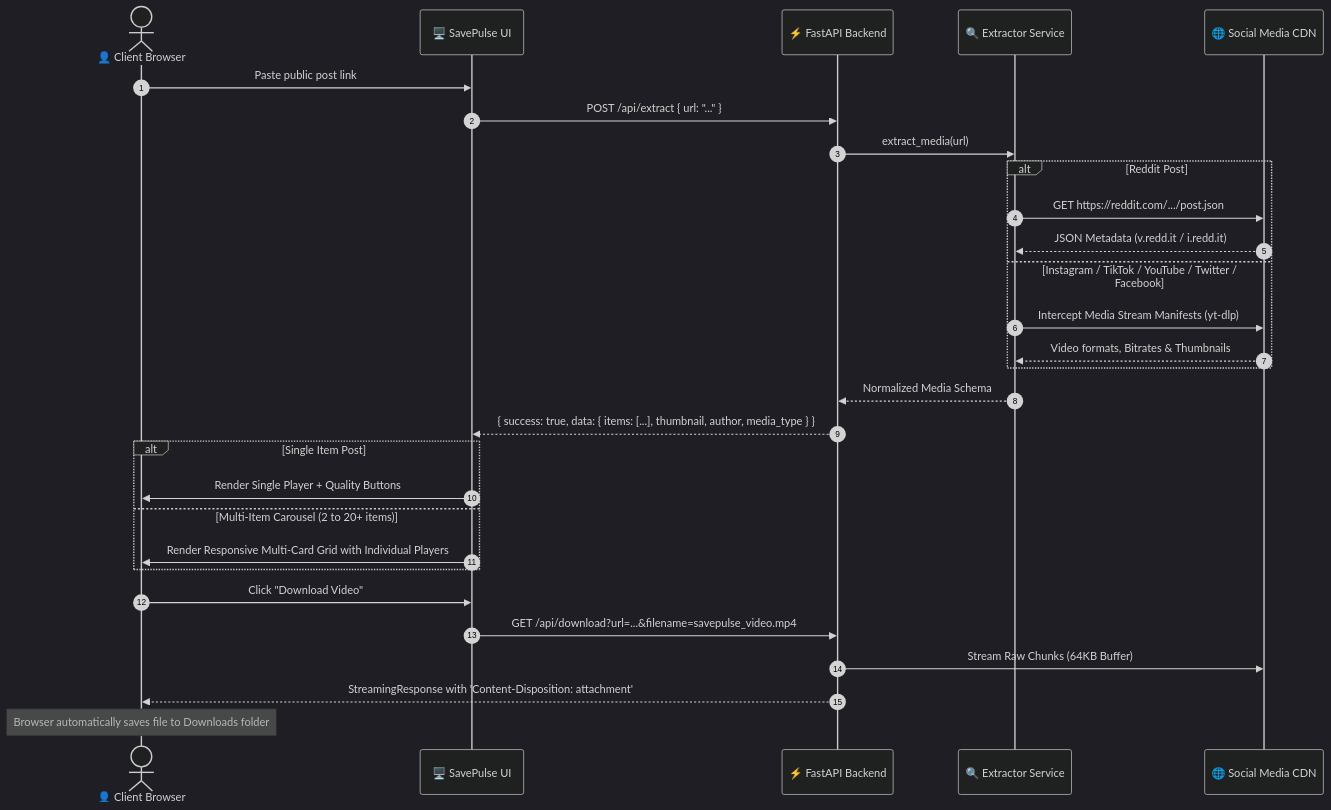
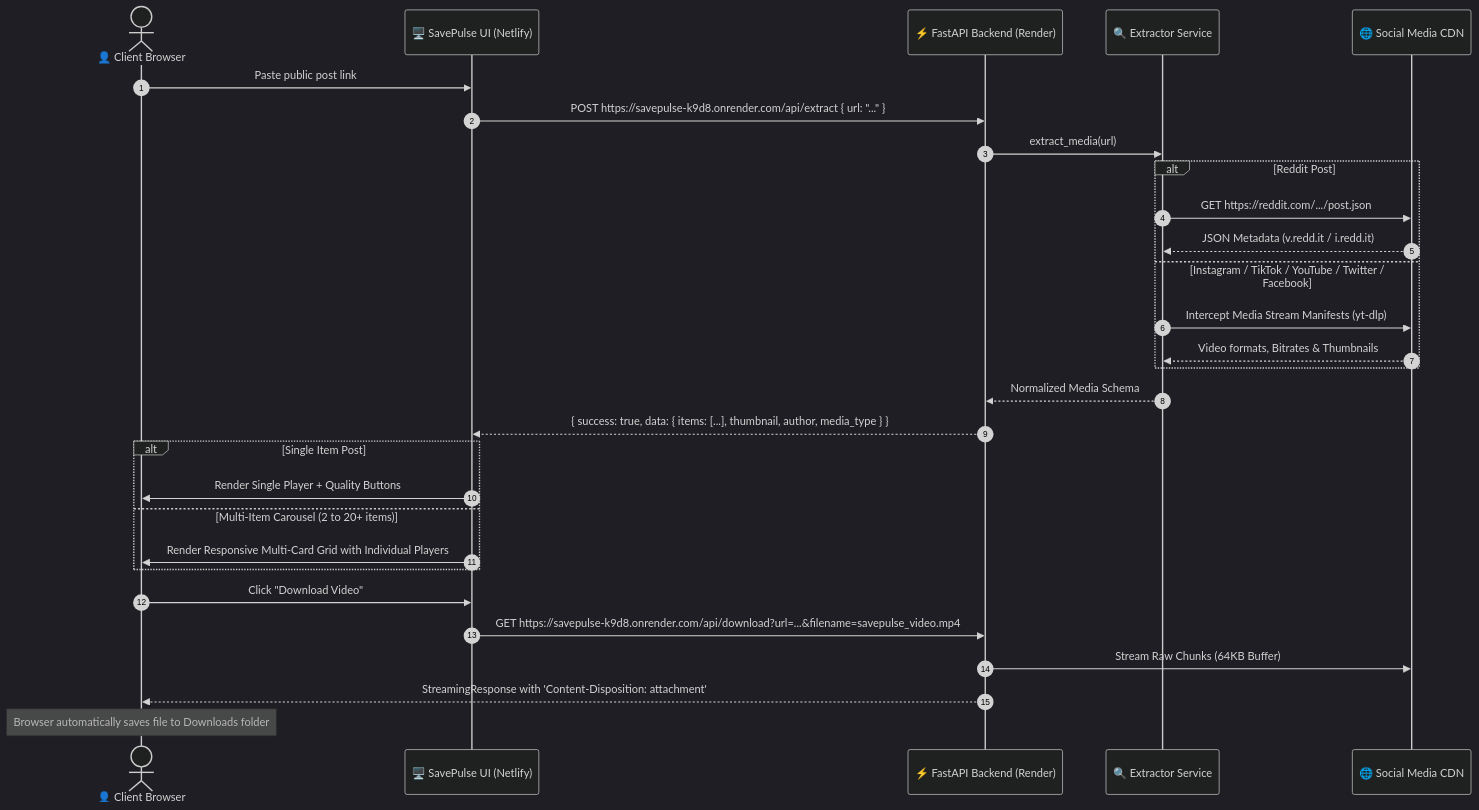
Before and after one commit to aakashsakhalkar/SavePulse: the second of 2 diagrams in README.md, drawn with Mermaid (dark theme). The commit also changed other lines of this file and 1 other file, not shown here.

Commit message:
Update Render live backend URL and comprehensive README documentation

````diff
--- a/README.md
+++ b/README.md
@@ -79,36 +85,36 @@
 ```mermaid
 sequenceDiagram
     autonumber
     actor User as 👤 Client Browser
-    participant UI as 🖥️ SavePulse UI
-    participant API as ⚡ FastAPI Backend
+    participant UI as 🖥️ SavePulse UI (Netlify)
+    participant API as ⚡ FastAPI Backend (Render)
     participant Extractor as 🔍 Extractor Service
     participant CDN as 🌐 Social Media CDN
 
     User->>UI: Paste public post link
-    UI->>API: POST /api/extract { url: "..." }
+    UI->>API: POST https://savepulse-k9d8.onrender.com/api/extract { url: "..." }
     API->>Extractor: extract_media(url)
     
     alt Reddit Post
         Extractor->>CDN: GET https://reddit.com/.../post.json
         CDN-->>Extractor: JSON Metadata (v.redd.it / i.redd.it)
     else Instagram / TikTok / YouTube / Twitter / Facebook
         Extractor->>CDN: Intercept Media Stream Manifests (yt-dlp)
         CDN-->>Extractor: Video formats, Bitrates & Thumbnails
     end
 
     Extractor-->>API: Normalized Media Schema
     API-->>UI: { success: true, data: { items: [...], thumbnail, author, media_type } }
     
     alt Single Item Post
         UI->>User: Render Single Player + Quality Buttons
     else Multi-Item Carousel (2 to 20+ items)
         UI->>User: Render Responsive Multi-Card Grid with Individual Players
     end
 
     User->>UI: Click "Download Video"
-    UI->>API: GET /api/download?url=...&filename=savepulse_video.mp4
+    UI->>API: GET https://savepulse-k9d8.onrender.com/api/download?url=...&filename=savepulse_video.mp4
     API->>CDN: Stream Raw Chunks (64KB Buffer)
     API-->>User: StreamingResponse with 'Content-Disposition: attachment'
     Note over User: Browser automatically saves file to Downloads folder
 ```
````
